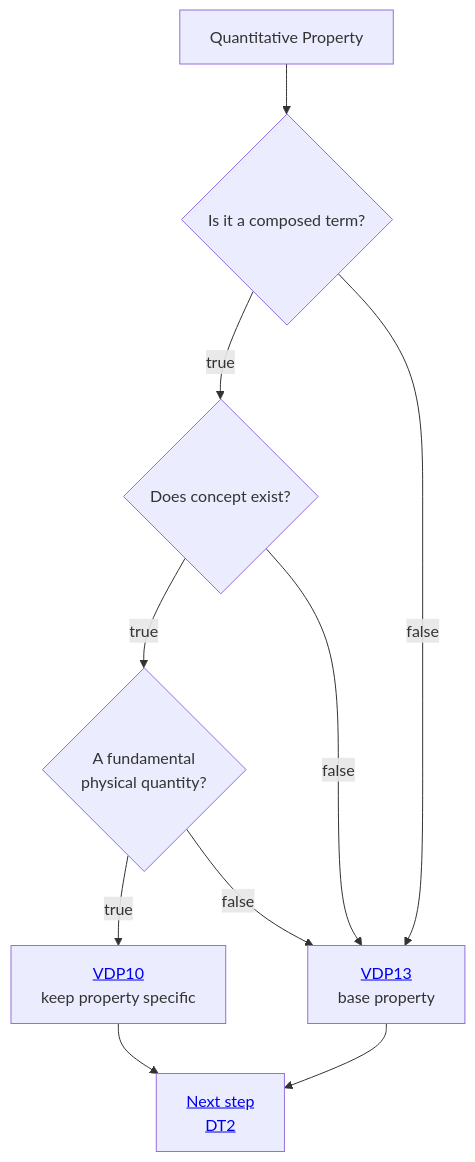
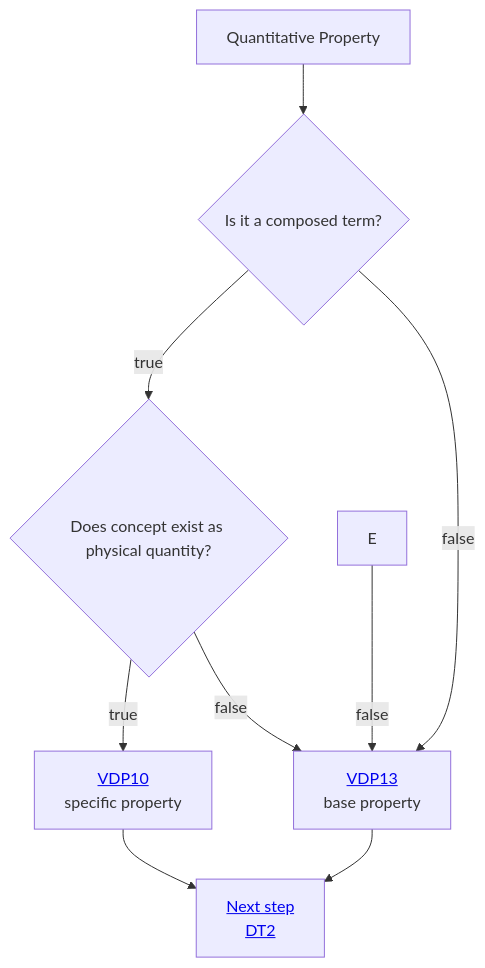
One commit to mabablue/I-ADOPT-patterns-playground changed the diagram in Decisition_trees/DT1.mmd. Above: the diagram before and after it, drawn with Mermaid.

```diff
--- a/Decisition_trees/DT1.mmd
+++ b/Decisition_trees/DT1.mmd
@@ -1,10 +1,9 @@
 flowchart TD
     A[Quantitative Property] --> B{Is it a composed term?}
-    B --> |true|E{Does concept exist?}
+    B --> |true|F{Does concept exist as physical quantity?}
     B --> |false|D[<a href='https://github.com/mabablue/I-ADOPT-patterns-playground/blob/main/pattern/VDP13.yaml'>VDP13</a> <br> base property]
-    E -->|true|F{A fundamental <br> physical quantity?}
     E --> |false|D
-    F --> |true|H[<a href='https://github.com/mabablue/I-ADOPT-patterns-playground/blob/main/pattern/VDP10.yaml'>VDP10</a> <br> keep property specific]
+    F --> |true|H[<a href='https://github.com/mabablue/I-ADOPT-patterns-playground/blob/main/pattern/VDP10.yaml'>VDP10</a> <br> specific property]
     F --> |false|D
     H --> I[<a href='https://github.com/mabablue/I-ADOPT-patterns-playground/blob/main/Decisition_trees/DT2.mmd'>Next step <br> DT2</a>] 
     D --> I
```
